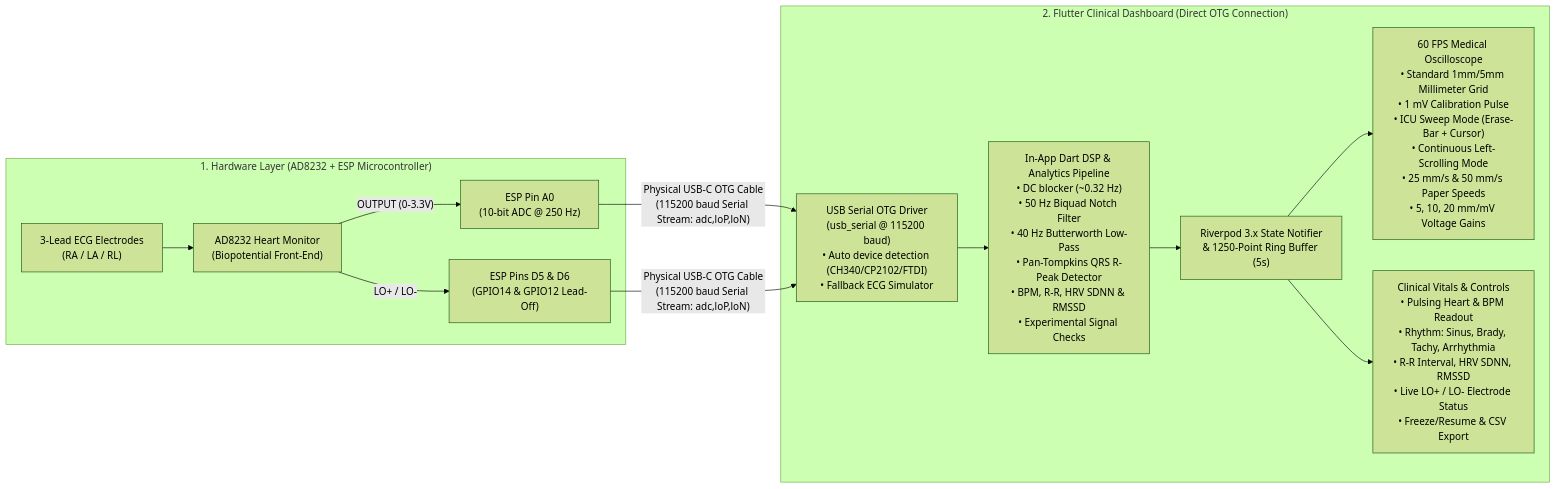
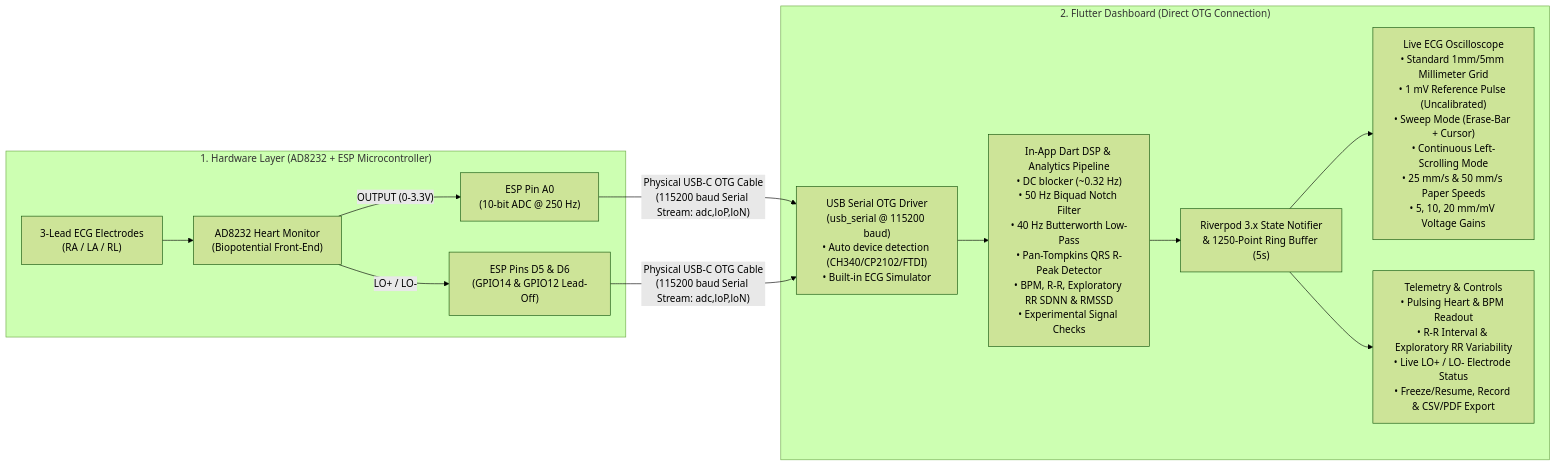
Before and after one commit to jger/flutbeat: the diagram in README.md, drawn with Mermaid (forest theme). The commit also changed other lines of this file, not shown here.

Commit message:
docs: update README with experimental disclaimers and architecture changes

````diff
--- a/README.md
+++ b/README.md
@@ -32,22 +38,22 @@
 ```mermaid
 flowchart LR
     subgraph HW["1. Hardware Layer (AD8232 + ESP Microcontroller)"]
         PADS["3-Lead ECG Electrodes\n(RA / LA / RL)"] --> AD8232["AD8232 Heart Monitor\n(Biopotential Front-End)"]
         AD8232 -- "OUTPUT (0-3.3V)" --> A0["ESP Pin A0\n(10-bit ADC @ 250 Hz)"]
         AD8232 -- "LO+ / LO-" --> D5D6["ESP Pins D5 & D6\n(GPIO14 & GPIO12 Lead-Off)"]
     end
 
-    subgraph FE["2. Flutter Clinical Dashboard (Direct OTG Connection)"]
-        USB["USB Serial OTG Driver\n(usb_serial @ 115200 baud)\n• Auto device detection (CH340/CP2102/FTDI)\n• Fallback ECG Simulator"]
-        DSP["In-App Dart DSP & Analytics Pipeline\n• DC blocker (~0.32 Hz)\n• 50 Hz Biquad Notch Filter\n• 40 Hz Butterworth Low-Pass\n• Pan-Tompkins QRS R-Peak Detector\n• BPM, R-R, HRV SDNN & RMSSD\n• Experimental Signal Checks"]
+    subgraph FE["2. Flutter Dashboard (Direct OTG Connection)"]
+        USB["USB Serial OTG Driver\n(usb_serial @ 115200 baud)\n• Auto device detection (CH340/CP2102/FTDI)\n• Built-in ECG Simulator"]
+        DSP["In-App Dart DSP & Analytics Pipeline\n• DC blocker (~0.32 Hz)\n• 50 Hz Biquad Notch Filter\n• 40 Hz Butterworth Low-Pass\n• Pan-Tompkins QRS R-Peak Detector\n• BPM, R-R, Exploratory RR SDNN & RMSSD\n• Experimental Signal Checks"]
         RIVERPOD["Riverpod 3.x State Notifier\n& 1250-Point Ring Buffer (5s)"]
-        CANVAS["60 FPS Medical Oscilloscope\n• Standard 1mm/5mm Millimeter Grid\n• 1 mV Calibration Pulse\n• ICU Sweep Mode (Erase-Bar + Cursor)\n• Continuous Left-Scrolling Mode\n• 25 mm/s & 50 mm/s Paper Speeds\n• 5, 10, 20 mm/mV Voltage Gains"]
-        VITALS["Clinical Vitals & Controls\n• Pulsing Heart & BPM Readout\n• Rhythm: Sinus, Brady, Tachy, Arrhythmia\n• R-R Interval, HRV SDNN, RMSSD\n• Live LO+ / LO- Electrode Status\n• Freeze/Resume & CSV Export"]
+        CANVAS["Live ECG Oscilloscope\n• Standard 1mm/5mm Millimeter Grid\n• 1 mV Reference Pulse (Uncalibrated)\n• Sweep Mode (Erase-Bar + Cursor)\n• Continuous Left-Scrolling Mode\n• 25 mm/s & 50 mm/s Paper Speeds\n• 5, 10, 20 mm/mV Voltage Gains"]
+        VITALS["Telemetry & Controls\n• Pulsing Heart & BPM Readout\n• R-R Interval & Exploratory RR Variability\n• Live LO+ / LO- Electrode Status\n• Freeze/Resume, Record & CSV/PDF Export"]
 
         USB --> DSP --> RIVERPOD
         RIVERPOD --> CANVAS
         RIVERPOD --> VITALS
     end
 
     A0 & D5D6 -- "Physical USB-C OTG Cable\n(115200 baud Serial Stream: adc,loP,loN)" --> USB
 ```
````
